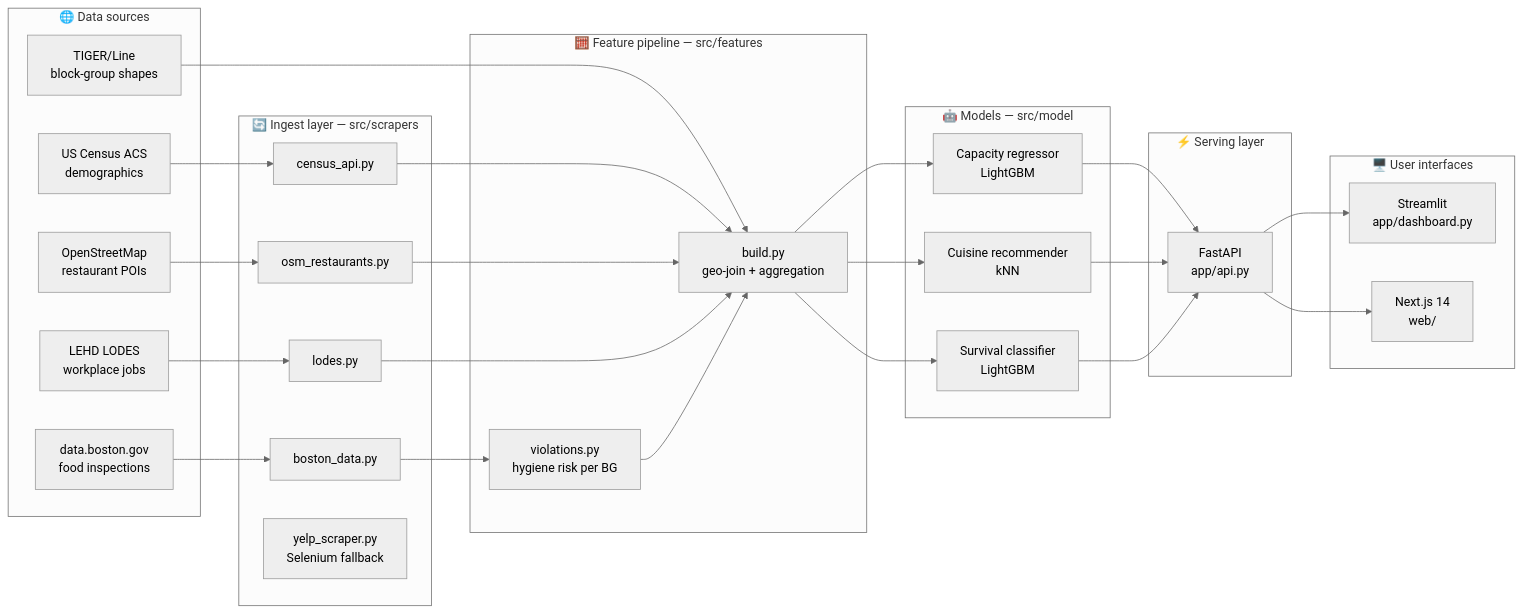
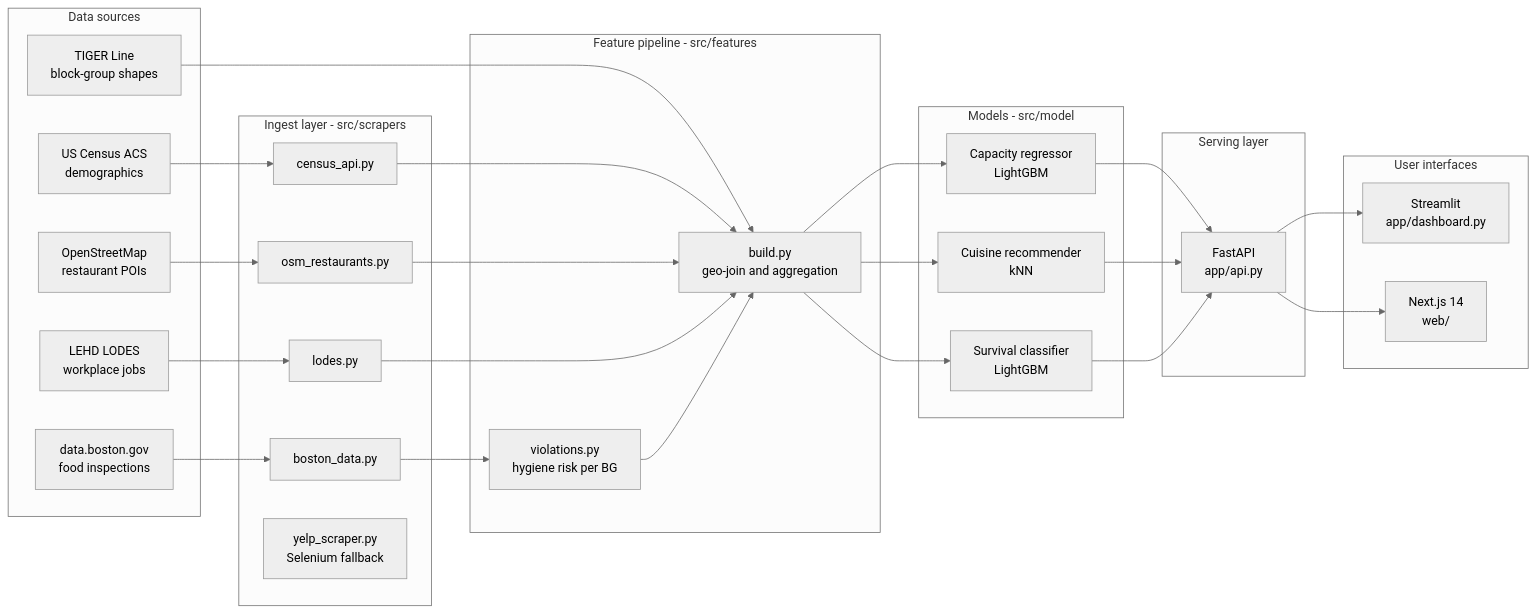
The first of 3 diagrams in README.md (jai0812/boston-restaurant-saturation), drawn with Mermaid (neutral theme) before and after one commit. The commit also changed other lines of this file, not shown here.

First line of the commit message:
docs: fix Mermaid diagrams to render on GitHub

````diff
--- a/README.md
+++ b/README.md
@@ -45,57 +45,57 @@
 ```mermaid
 flowchart LR
-    subgraph SRC[🌐 Data sources]
-        A1[US Census ACS<br/>demographics]
-        A2[OpenStreetMap<br/>restaurant POIs]
-        A3[data.boston.gov<br/>food inspections]
-        A4[LEHD LODES<br/>workplace jobs]
-        A5[TIGER/Line<br/>block-group shapes]
+    subgraph SRC["Data sources"]
+        A1["US Census ACS<br/>demographics"]
+        A2["OpenStreetMap<br/>restaurant POIs"]
+        A3["data.boston.gov<br/>food inspections"]
+        A4["LEHD LODES<br/>workplace jobs"]
+        A5["TIGER Line<br/>block-group shapes"]
     end
 
-    subgraph INGEST[🔄 Ingest layer — src/scrapers]
-        B1[census_api.py]
-        B2[osm_restaurants.py]
-        B3[boston_data.py]
-        B4[lodes.py]
-        B5[yelp_scraper.py<br/>Selenium fallback]
+    subgraph INGEST["Ingest layer - src/scrapers"]
+        B1["census_api.py"]
+        B2["osm_restaurants.py"]
+        B3["boston_data.py"]
+        B4["lodes.py"]
+        B5["yelp_scraper.py<br/>Selenium fallback"]
     end
 
-    subgraph FEATS[🧮 Feature pipeline — src/features]
-        C1[violations.py<br/>hygiene risk per BG]
-        C2[build.py<br/>geo-join + aggregation]
+    subgraph FEATS["Feature pipeline - src/features"]
+        C1["violations.py<br/>hygiene risk per BG"]
+        C2["build.py<br/>geo-join and aggregation"]
     end
 
-    subgraph MODELS[🤖 Models — src/model]
-        D1[Capacity regressor<br/>LightGBM]
-        D2[Cuisine recommender<br/>kNN]
-        D3[Survival classifier<br/>LightGBM]
+    subgraph MODELS["Models - src/model"]
+        D1["Capacity regressor<br/>LightGBM"]
+        D2["Cuisine recommender<br/>kNN"]
+        D3["Survival classifier<br/>LightGBM"]
     end
 
-    subgraph SERVE[⚡ Serving layer]
-        E1[FastAPI<br/>app/api.py]
+    subgraph SERVE["Serving layer"]
+        E1["FastAPI<br/>app/api.py"]
     end
 
-    subgraph UI[🖥️ User interfaces]
-        F1[Streamlit<br/>app/dashboard.py]
-        F2[Next.js 14<br/>web/]
+    subgraph UI["User interfaces"]
+        F1["Streamlit<br/>app/dashboard.py"]
+        F2["Next.js 14<br/>web/"]
     end
 
     A1 --> B1
     A2 --> B2
     A3 --> B3
     A4 --> B4
     A5 --> C2
     B1 --> C2
     B2 --> C2
     B3 --> C1
     B4 --> C2
     C1 --> C2
     C2 --> D1
     C2 --> D2
     C2 --> D3
     D1 --> E1
     D2 --> E1
     D3 --> E1
     E1 --> F1
     E1 --> F2
 ```
````
